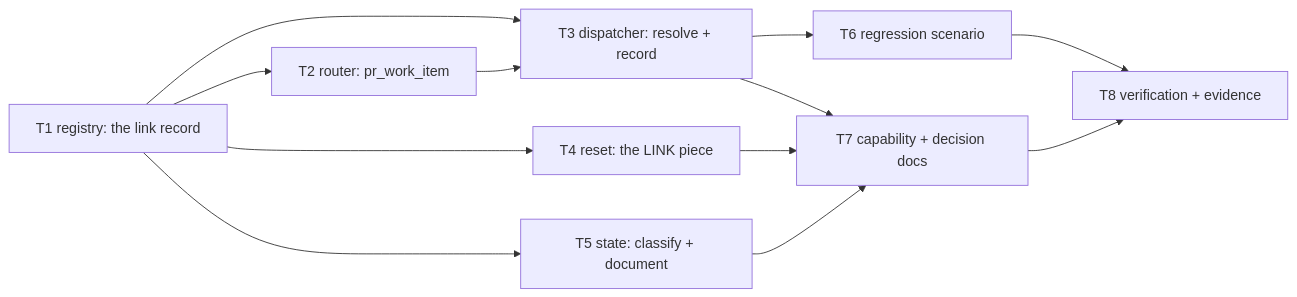
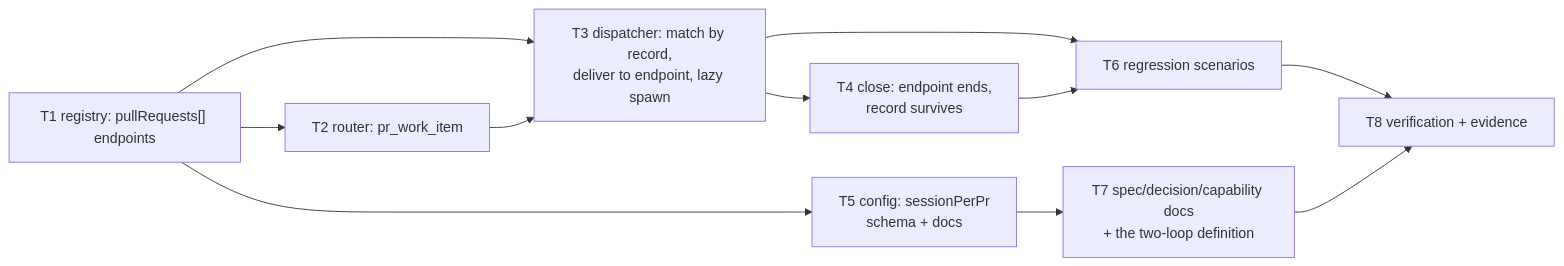
The diagram in docs/specs/issue-172/tasks.md (MadaraUchiha-314/the-loop), drawn with Mermaid before and after one commit. The commit also changed other lines of this file and 24 other files, not shown here.

````diff
--- a/docs/specs/issue-172/tasks.md
+++ b/docs/specs/issue-172/tasks.md
@@ -17,14 +20,13 @@
 ```mermaid
 flowchart LR
-  T1["T1 registry: the link record"] --> T2["T2 router: pr_work_item"]
-  T1 --> T3["T3 dispatcher: resolve + record"]
+  T1["T1 registry: pullRequests[] endpoints"] --> T2["T2 router: pr_work_item"]
+  T1 --> T3["T3 dispatcher: match by record,<br/>deliver to endpoint, lazy spawn"]
   T2 --> T3
-  T1 --> T4["T4 reset: the LINK piece"]
-  T1 --> T5["T5 state: classify + document"]
-  T3 --> T6["T6 regression scenario"]
-  T3 --> T7["T7 capability + decision docs"]
-  T4 --> T7
-  T5 --> T7
+  T3 --> T4["T4 close: endpoint ends,<br/>record survives"]
+  T1 --> T5["T5 config: sessionPerPr<br/>schema + docs"]
+  T3 --> T6["T6 regression scenarios"]
+  T4 --> T6
+  T5 --> T7["T7 spec/decision/capability docs<br/>+ the two-loop definition"]
   T6 --> T8["T8 verification + evidence"]
   T7 --> T8
 ```
````
